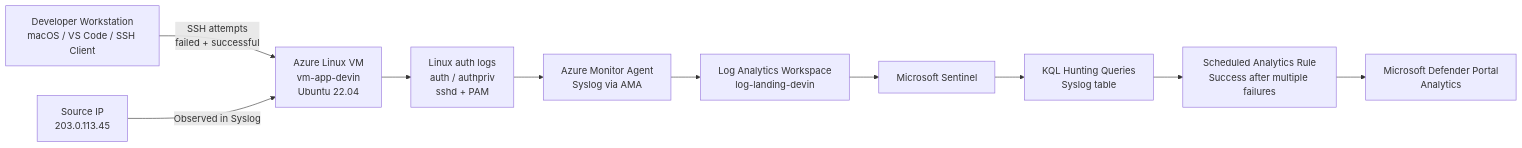
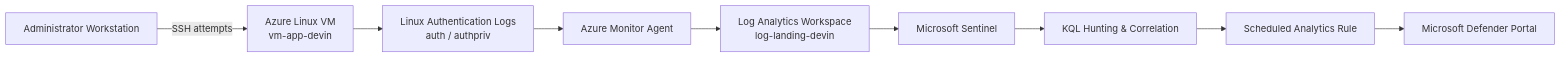
The diagram in README.md (devinlaws50-wq/azure-sentinel-security-monitoring), drawn with Mermaid before and after one commit. The commit also changed other lines of this file and 5 other files, not shown here.

````diff
--- a/README.md
+++ b/README.md
@@ -43,13 +79,12 @@
 ```mermaid
 flowchart LR
-    A[Developer Workstation<br/>macOS / VS Code / SSH Client] -->|SSH attempts<br/>failed + successful| B[Azure Linux VM<br/>vm-app-devin<br/>Ubuntu 22.04]
-    B --> C[Linux auth logs<br/>auth / authpriv<br/>sshd + PAM]
-    C --> D[Azure Monitor Agent<br/>Syslog via AMA]
-    D --> E[Log Analytics Workspace<br/>log-landing-devin]
-    E --> F[Microsoft Sentinel]
-    F --> G[KQL Hunting Queries<br/>Syslog table]
-    G --> H[Scheduled Analytics Rule<br/>Success after multiple failures]
-    H --> I[Microsoft Defender Portal<br/>Analytics]
+    A["Administrator Workstation"] -->|SSH attempts| B["Azure Linux VM<br/>vm-app-devin"]
 
-    J[Source IP<br/>203.0.113.45] -->|Observed in Syslog| B
+    B --> C["Linux Authentication Logs<br/>auth / authpriv"]
+    C --> D["Azure Monitor Agent"]
+    D --> E["Log Analytics Workspace<br/>log-landing-devin"]
+    E --> F["Microsoft Sentinel"]
+    F --> G["KQL Hunting & Correlation"]
+    G --> H["Scheduled Analytics Rule"]
+    H --> I["Microsoft Defender Portal"]
 ```
````
